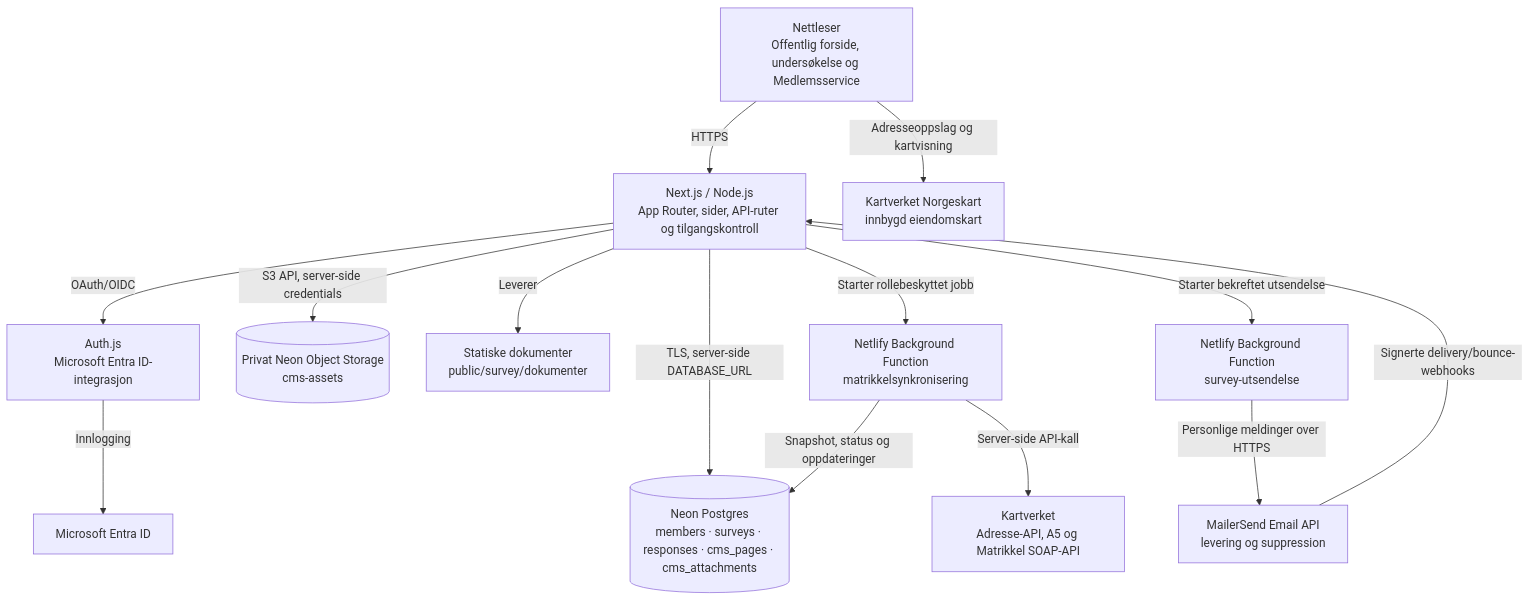
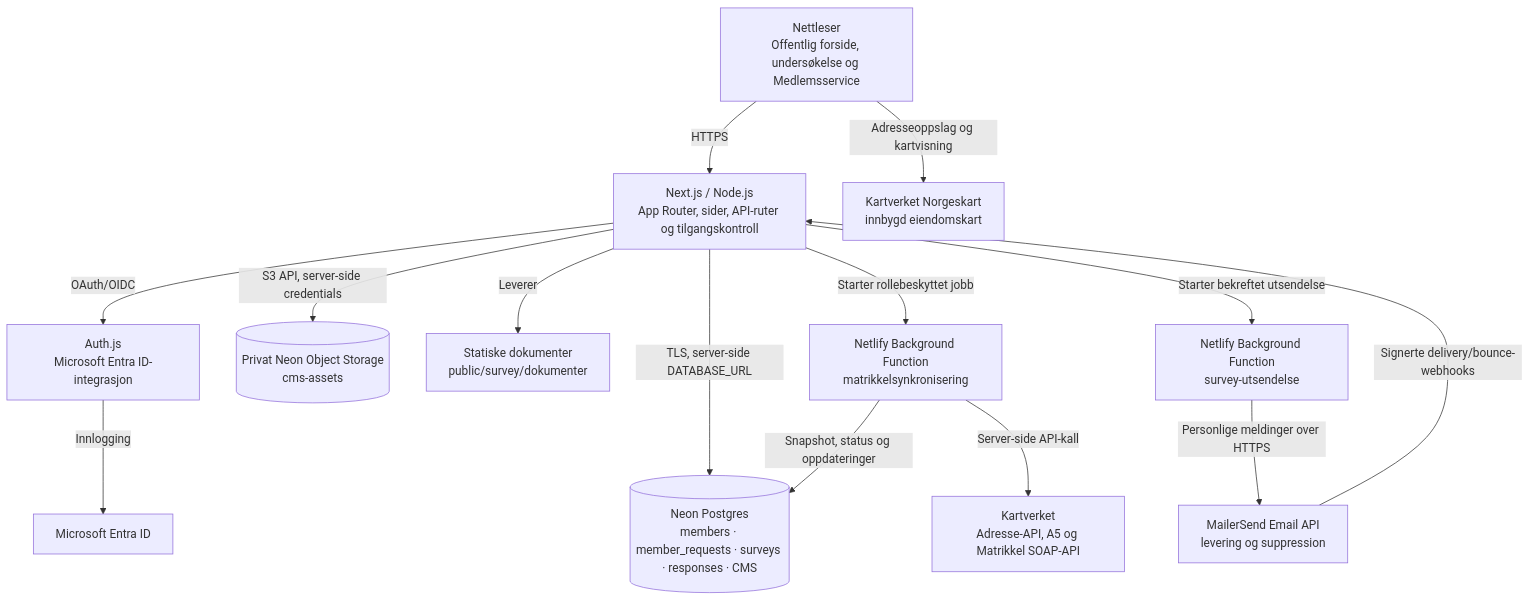
Before and after one commit to ibjohansen/tfv-poll: the second of 6 diagrams in README.md, drawn with Mermaid. The commit also changed other lines of this file and 29 other files, not shown here.

````diff
--- a/README.md
+++ b/README.md
@@ -76,28 +81,28 @@
 ```mermaid
 flowchart TB
   browser["Nettleser\nOffentlig forside, undersøkelse og Medlemsservice"]
   next["Next.js / Node.js\nApp Router, sider, API-ruter og tilgangskontroll"]
   auth["Auth.js\nMicrosoft Entra ID-integrasjon"]
-  db[("Neon Postgres\nmembers · surveys · responses · cms_pages · cms_attachments")]
+  db[("Neon Postgres\nmembers · member_requests · surveys · responses · CMS")]
   storage[("Privat Neon Object Storage\ncms-assets")]
   files["Statiske dokumenter\npublic/survey/dokumenter"]
   matrikkel["Kartverket\nAdresse-API, A5 og Matrikkel SOAP-API"]
   norgeskart["Kartverket Norgeskart\ninnbygd eiendomskart"]
   worker["Netlify Background Function\nmatrikkelsynkronisering"]
   emailworker["Netlify Background Function\nsurvey-utsendelse"]
   mailer["MailerSend Email API\nlevering og suppression"]
 
   browser -->|"HTTPS"| next
   next -->|"OAuth/OIDC"| auth
   auth -->|"Innlogging"| entra["Microsoft Entra ID"]
   next -->|"TLS, server-side DATABASE_URL"| db
   next -->|"S3 API, server-side credentials"| storage
   next -->|"Leverer"| files
   next -->|"Starter rollebeskyttet jobb"| worker
   next -->|"Starter bekreftet utsendelse"| emailworker
   emailworker -->|"Personlige meldinger over HTTPS"| mailer
   mailer -->|"Signerte delivery/bounce-webhooks"| next
   worker -->|"Server-side API-kall"| matrikkel
   browser -->|"Adresseoppslag og kartvisning"| norgeskart
   worker -->|"Snapshot, status og oppdateringer"| db
 ```
````
